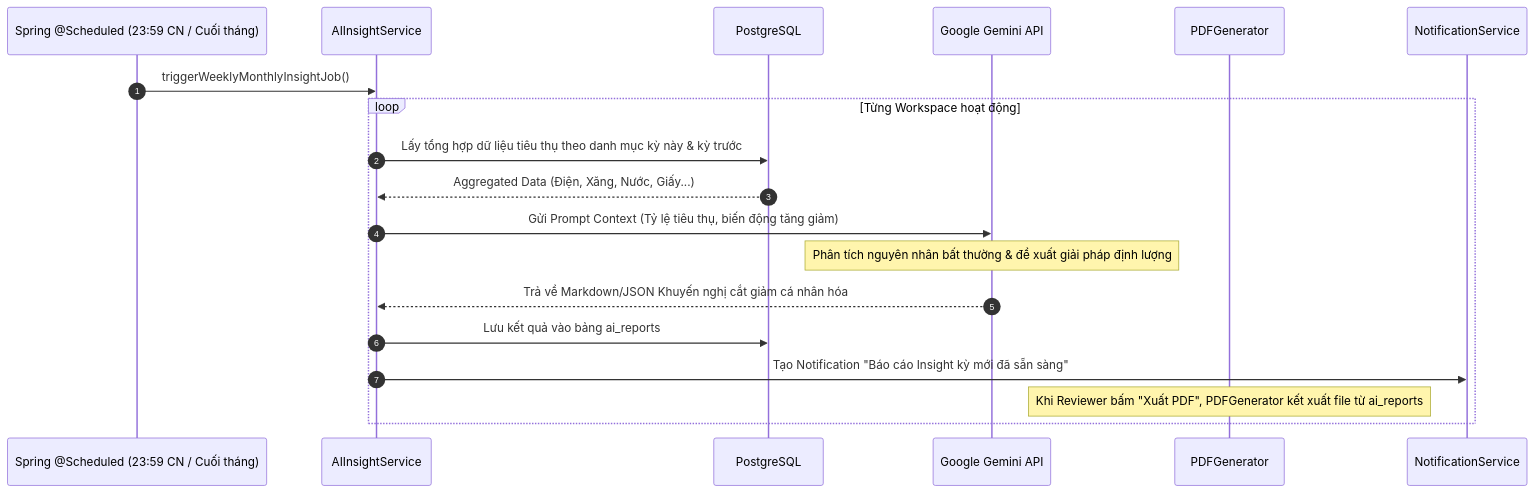
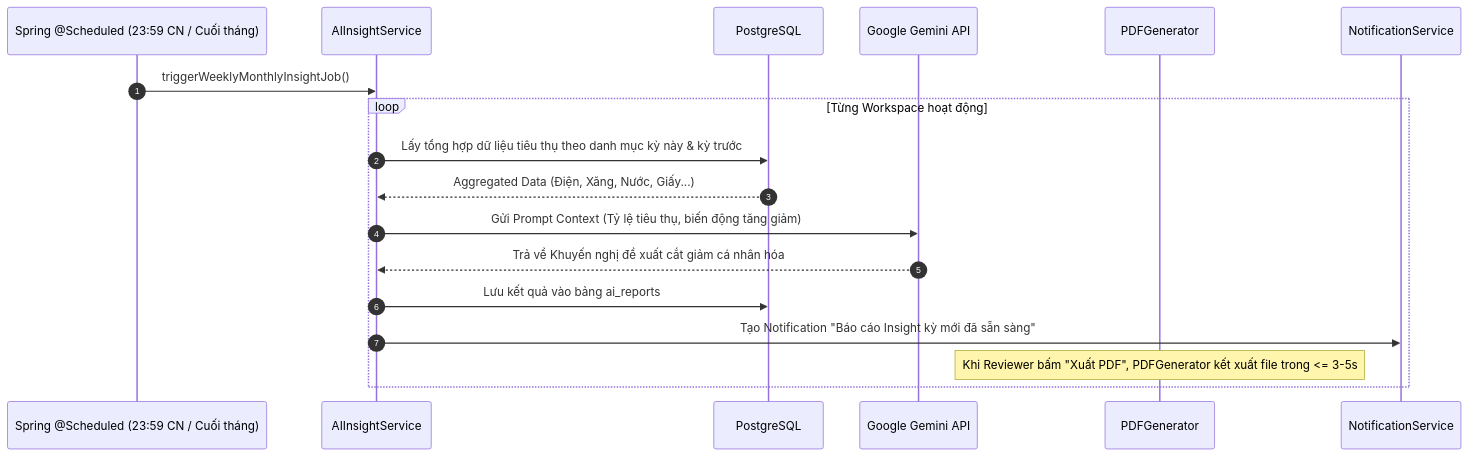
One commit to DatTienNguyenn/PMDC-BATCH4-DATNT250 changed the fifth of 7 diagrams in docs/PRD.md. Above: the diagram before and after it, drawn with Mermaid. The commit also changed other lines of this file and 4 other files, not shown here.

````diff
--- a/docs/PRD.md
+++ b/docs/PRD.md
@@ -390,22 +402,21 @@
 ```mermaid
 sequenceDiagram
     autonumber
     participant Cron as Spring @Scheduled (23:59 CN / Cuối tháng)
     participant InsightService as AIInsightService
     participant DB as PostgreSQL
     participant LLM as Google Gemini API
     participant PDFService as PDFGenerator
     participant Notify as NotificationService
 
     Cron->>InsightService: triggerWeeklyMonthlyInsightJob()
     loop Từng Workspace hoạt động
         InsightService->>DB: Lấy tổng hợp dữ liệu tiêu thụ theo danh mục kỳ này & kỳ trước
         DB-->>InsightService: Aggregated Data (Điện, Xăng, Nước, Giấy...)
         InsightService->>LLM: Gửi Prompt Context (Tỷ lệ tiêu thụ, biến động tăng giảm)
-        Note over LLM: Phân tích nguyên nhân bất thường & đề xuất giải pháp định lượng
-        LLM-->>InsightService: Trả về Markdown/JSON Khuyến nghị cắt giảm cá nhân hóa
+        LLM-->>InsightService: Trả về Khuyến nghị đề xuất cắt giảm cá nhân hóa
         InsightService->>DB: Lưu kết quả vào bảng ai_reports
         InsightService->>Notify: Tạo Notification "Báo cáo Insight kỳ mới đã sẵn sàng"
-        Note over PDFService: Khi Reviewer bấm "Xuất PDF", PDFGenerator kết xuất file từ ai_reports
+        Note over PDFService: Khi Reviewer bấm "Xuất PDF", PDFGenerator kết xuất file trong <= 3-5s
     end
 ```
````
